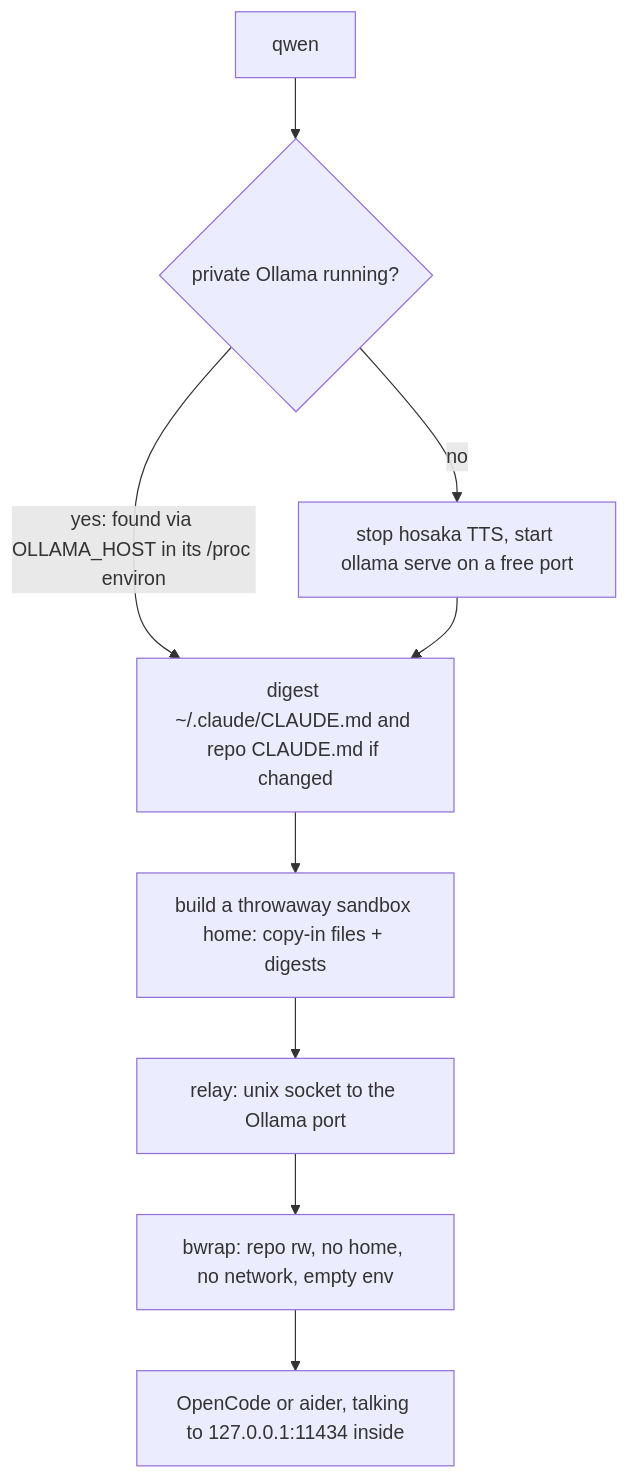
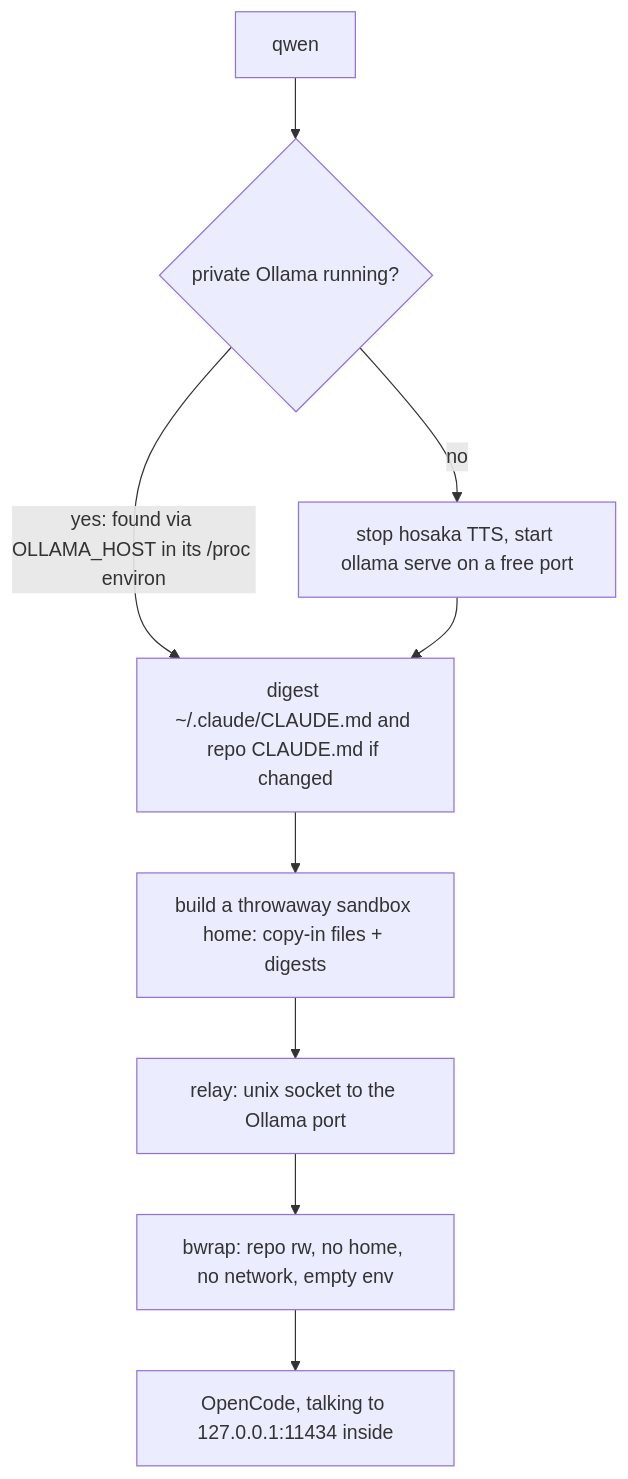
The diagram in docs/qwen.md (wai-lau/mates), drawn with Mermaid before and after one commit. The commit also changed other lines of this file and 4 other files, not shown here.

````diff
--- a/docs/qwen.md
+++ b/docs/qwen.md
@@ -22,11 +21,11 @@
 ```mermaid
 flowchart TD
   A[qwen] --> B{private Ollama running?}
   B -- yes: found via OLLAMA_HOST in its /proc environ --> D
   B -- no --> C[stop hosaka TTS, start ollama serve on a free port]
   C --> D[digest ~/.claude/CLAUDE.md and repo CLAUDE.md if changed]
   D --> E[build a throwaway sandbox home: copy-in files + digests]
   E --> F[relay: unix socket to the Ollama port]
   F --> G[bwrap: repo rw, no home, no network, empty env]
-  G --> H[OpenCode or aider, talking to 127.0.0.1:11434 inside]
+  G --> H[OpenCode, talking to 127.0.0.1:11434 inside]
 ```
````
